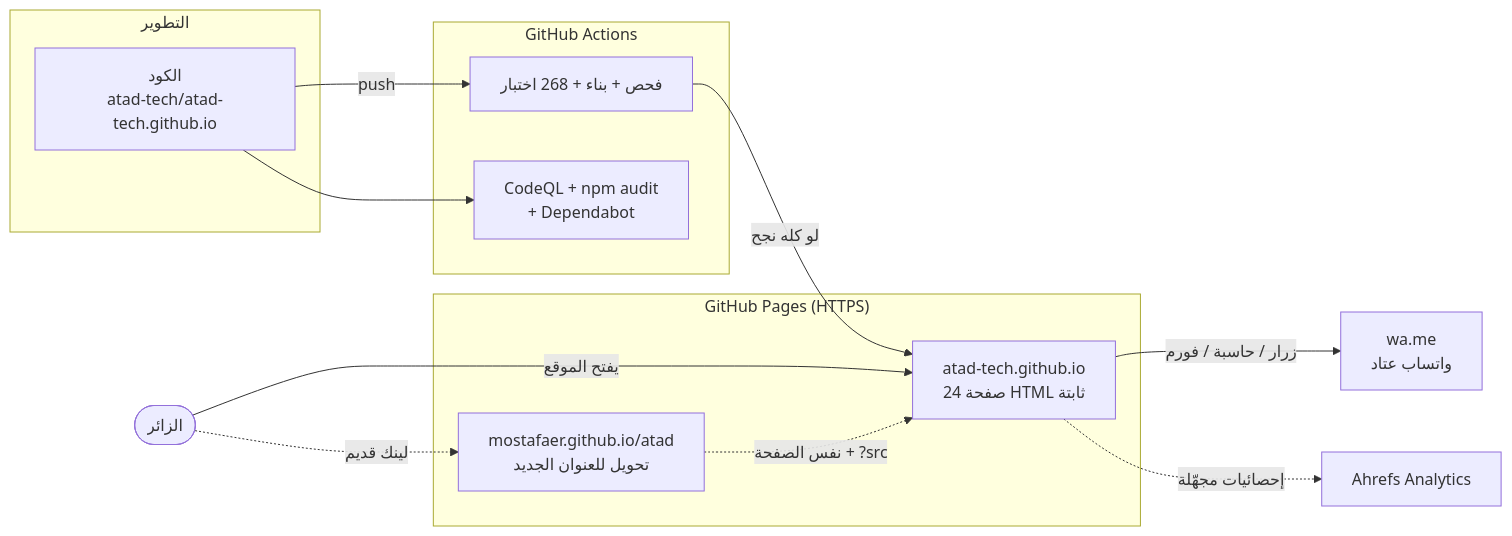
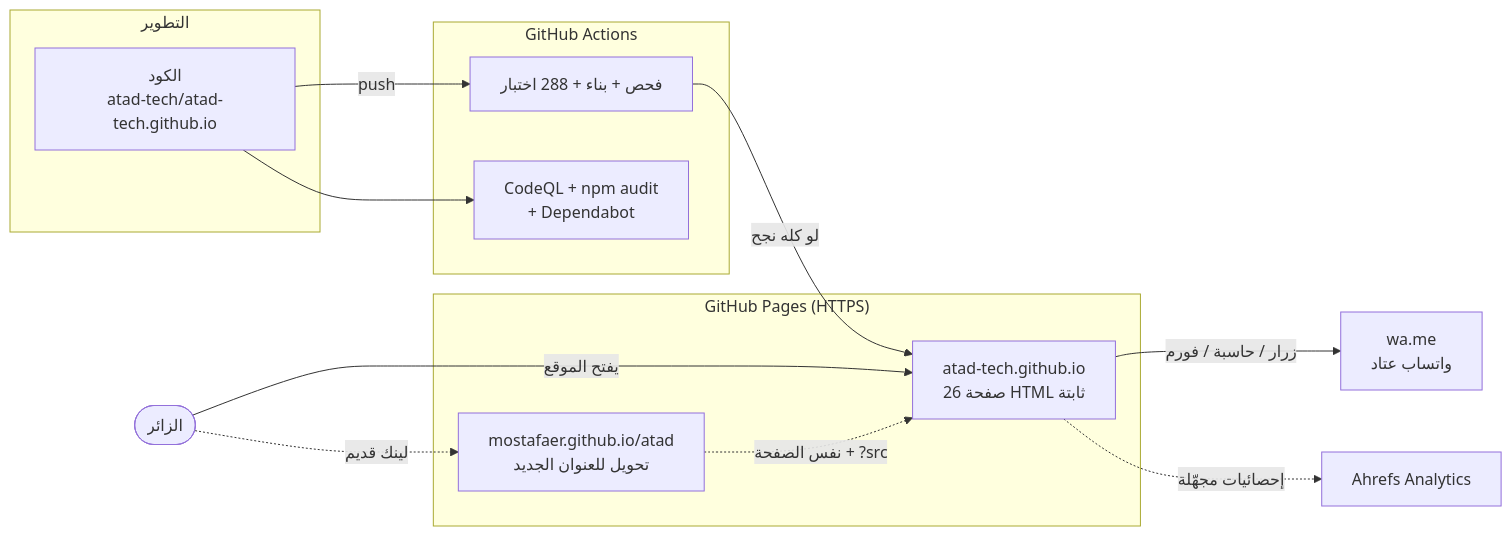
One commit to atad-tech/atad-tech.github.io changed the first of 5 diagrams in docs/ARCHITECTURE.md. Above: the diagram before and after it, drawn with Mermaid. The commit also changed 47 other files, not shown here.

````diff
--- a/docs/ARCHITECTURE.md
+++ b/docs/ARCHITECTURE.md
@@ -7,25 +7,25 @@
 ```mermaid
 flowchart LR
     subgraph Dev["التطوير"]
         Code["الكود<br/>atad-tech/atad-tech.github.io"]
     end
     subgraph CI["GitHub Actions"]
-        Test["فحص + بناء + 268 اختبار"]
+        Test["فحص + بناء + 288 اختبار"]
         Scan["CodeQL + npm audit<br/>+ Dependabot"]
     end
     subgraph Host["GitHub Pages (HTTPS)"]
-        Site["atad-tech.github.io<br/>24 صفحة HTML ثابتة"]
+        Site["atad-tech.github.io<br/>26 صفحة HTML ثابتة"]
         Old["mostafaer.github.io/atad<br/>تحويل للعنوان الجديد"]
     end
     Visitor(["الزائر"])
     WA["wa.me<br/>واتساب عتاد"]
     Ahrefs["Ahrefs Analytics"]
 
     Code -->|push| Test
     Code --> Scan
     Test -->|"لو كله نجح"| Site
     Visitor -->|"يفتح الموقع"| Site
     Visitor -.->|"لينك قديم"| Old -.->|"نفس الصفحة + ?src"| Site
     Site -->|"زرار / حاسبة / فورم"| WA
     Site -.->|"إحصائيات مجهّلة"| Ahrefs
 ```
````
